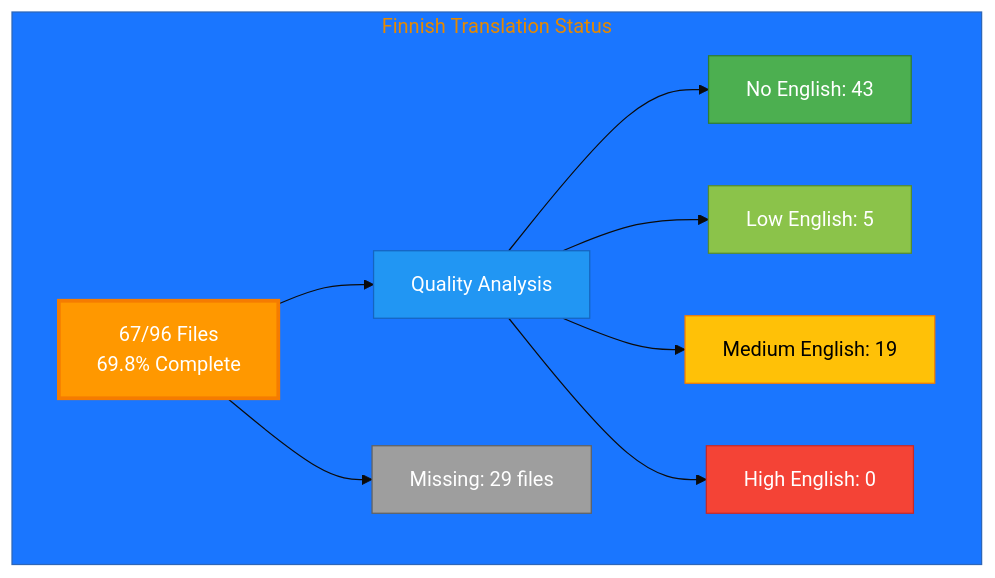
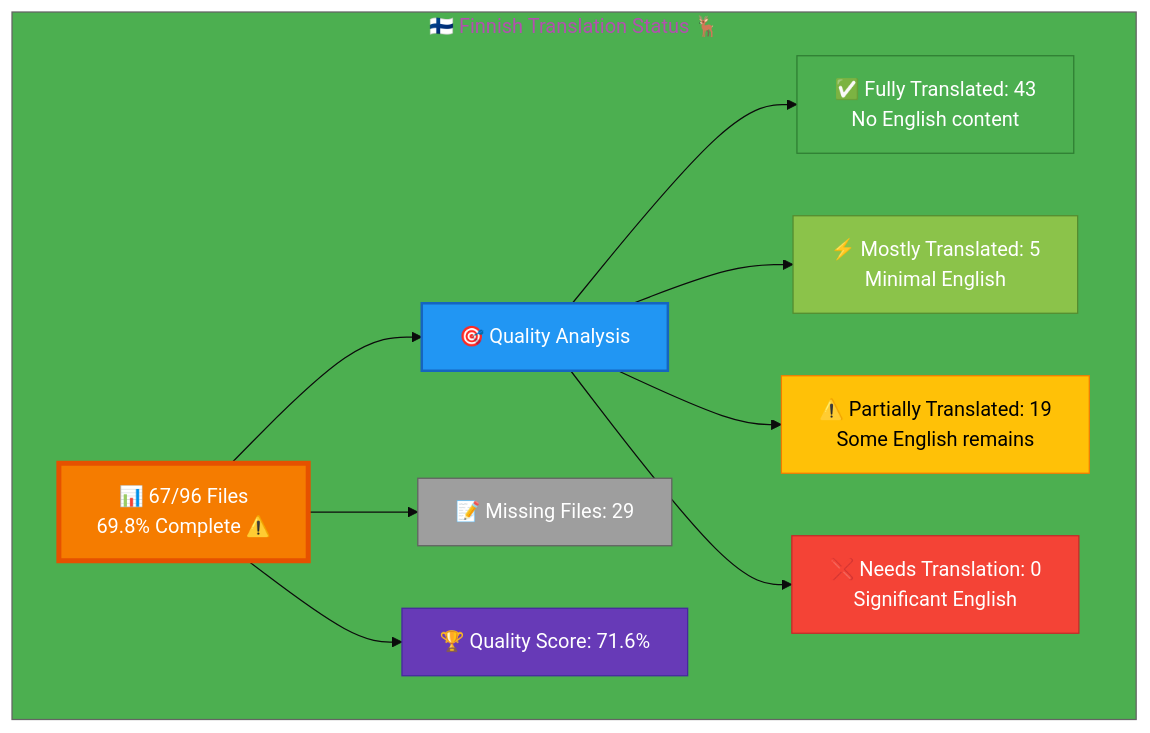
Before and after one commit to Hack23/homepage: the diagram in Finnish-Translation-Status.md, drawn with Mermaid. The commit also changed other lines of this file and 26 other files, not shown here.

Commit message:
Complete validation & enhancement: icons, color-coded Mermaid diagrams, accuracy verified for all 26 files

````diff
--- a/Finnish-Translation-Status.md
+++ b/Finnish-Translation-Status.md
@@ -11,22 +12,26 @@
 ```mermaid
-%%{init: {'theme':'base', 'themeVariables': { 'primaryColor':'#FF9800'}}}%%
+%%{init: {'theme':'base', 'themeVariables': {'primaryColor':'#F57C00','secondaryColor':'#2196F3','tertiaryColor':'#4CAF50','fontSize':'16px'}}}%%
 graph TB
-    subgraph "Finnish Translation Status"
-        A[67/96 Files<br/>69.8% Complete]
-        A --> B[Quality Analysis]
-        B --> C[No English: 43]
-        B --> D[Low English: 5]
-        B --> E[Medium English: 19]
-        B --> F[High English: 0]
+    subgraph "🇫🇮 Finnish Translation Status 🦌"
+        A["📊 67/96 Files<br/>69.8% Complete ⚠️"]
         
-        A --> G[Missing: 29 files]
+        A --> B["🎯 Quality Analysis"]
+        B --> C["✅ Fully Translated: 43<br/>No English content"]
+        B --> D["⚡ Mostly Translated: 5<br/>Minimal English"]
+        B --> E["⚠️  Partially Translated: 19<br/>Some English remains"]
+        B --> F["❌ Needs Translation: 0<br/>Significant English"]
         
-        style A fill:#FF9800,stroke:#F57C00,color:#fff,stroke-width:3px
-        style B fill:#2196F3,stroke:#1565C0,color:#fff
+        A --> G["📝 Missing Files: 29"]
+        
+        A --> H["🏆 Quality Score: 71.6%"]
+        
+        style A fill:#F57C00,stroke:#E65100,color:#fff,stroke-width:4px
+        style B fill:#2196F3,stroke:#1565C0,color:#fff,stroke-width:2px
         style C fill:#4CAF50,stroke:#2E7D32,color:#fff
         style D fill:#8BC34A,stroke:#558B2F,color:#fff
         style E fill:#FFC107,stroke:#F57C00,color:#000
         style F fill:#F44336,stroke:#C62828,color:#fff
         style G fill:#9E9E9E,stroke:#616161,color:#fff
+        style H fill:#673AB7,stroke:#4527A0,color:#fff
     end
 ```
````
